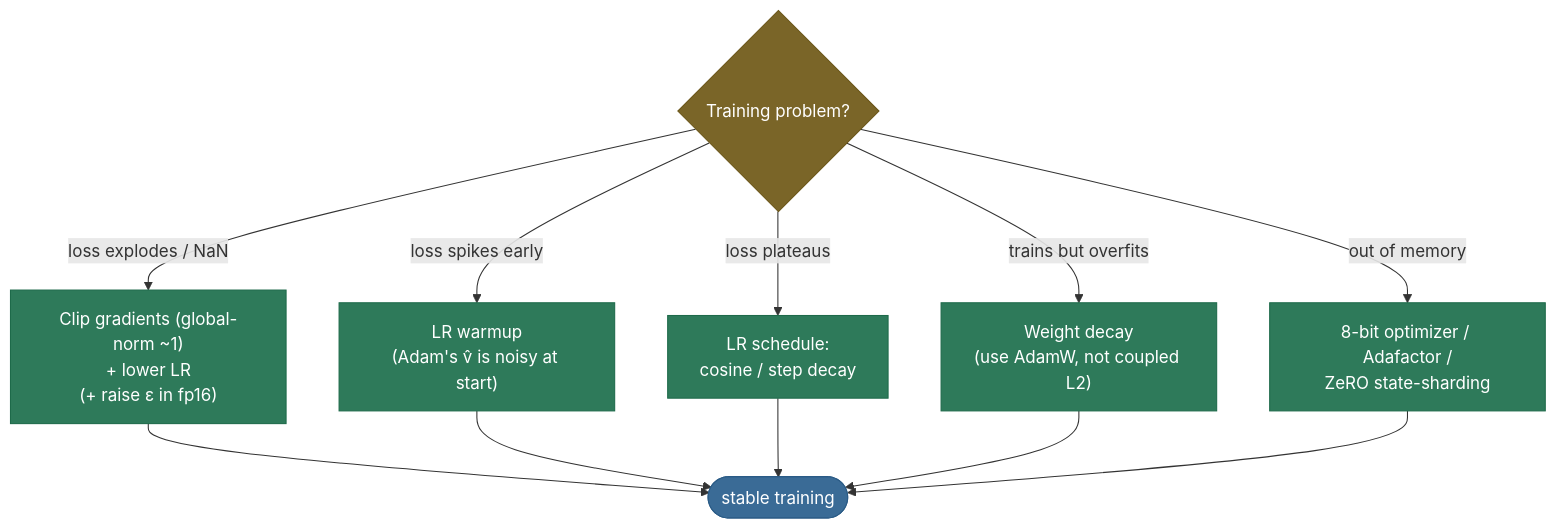
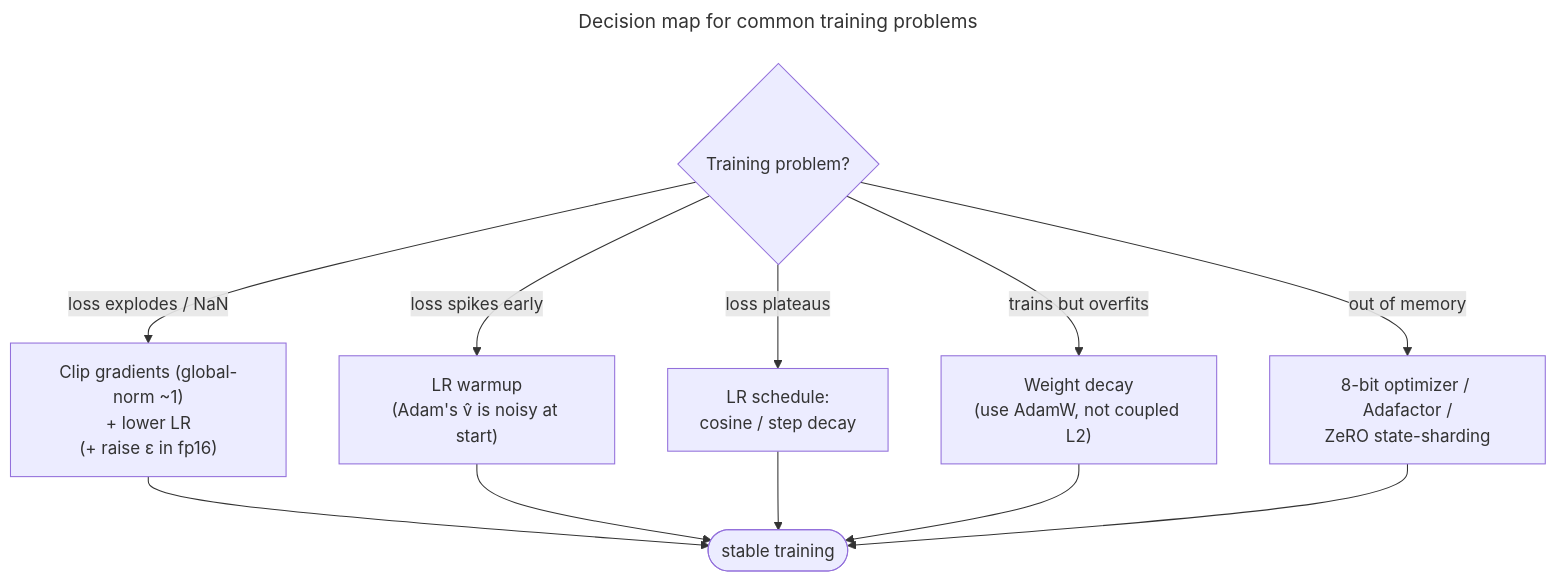
One commit to sudhir13s/ai-ml-learning-resources changed the fourth of 4 diagrams in deep-learning/optimization-and-training/optimizers/optimizers.md. Above: the diagram before and after it, drawn with Mermaid. The commit also changed other lines of this file, not shown here.

````diff
--- a/deep-learning/optimization-and-training/optimizers/optimizers.md
+++ b/deep-learning/optimization-and-training/optimizers/optimizers.md
@@ -543,18 +770,17 @@
 ```mermaid
+---
+title: Decision map for common training problems
+---
 graph TD
-    P{"Training problem?"}:::amber
-    P -->|"loss explodes / NaN"| C["Clip gradients (global-norm ~1)<br/>+ lower LR<br/>(+ raise ε in fp16)"]:::out
-    P -->|"loss spikes early"| W["LR warmup<br/>(Adam's v̂ is noisy at start)"]:::out
-    P -->|"loss plateaus"| S["LR schedule:<br/>cosine / step decay"]:::out
-    P -->|"trains but overfits"| D["Weight decay<br/>(use AdamW, not coupled L2)"]:::out
-    P -->|"out of memory"| M["8-bit optimizer / Adafactor /<br/>ZeRO state-sharding"]:::out
-    C --> OK(["stable training"]):::data
+    P{"Training problem?"}:::focus
+    P -->|"loss explodes / NaN"| C["Clip gradients (global-norm ~1)<br/>+ lower LR<br/>(+ raise ε in fp16)"]
+    P -->|"loss spikes early"| W["LR warmup<br/>(Adam's v̂ is noisy at start)"]
+    P -->|"loss plateaus"| S["LR schedule:<br/>cosine / step decay"]
+    P -->|"trains but overfits"| D["Weight decay<br/>(use AdamW, not coupled L2)"]
+    P -->|"out of memory"| M["8-bit optimizer / Adafactor /<br/>ZeRO state-sharding"]
+    C --> OK(["stable training"]):::success
     W --> OK
     S --> OK
     D --> OK
     M --> OK
-
-    classDef amber fill:#7A6528,stroke:#6A5518,color:#fff
-    classDef out fill:#2E7A5A,stroke:#1E6A4A,color:#fff
-    classDef data fill:#3A6B96,stroke:#2A5B86,color:#fff
 ```
````
